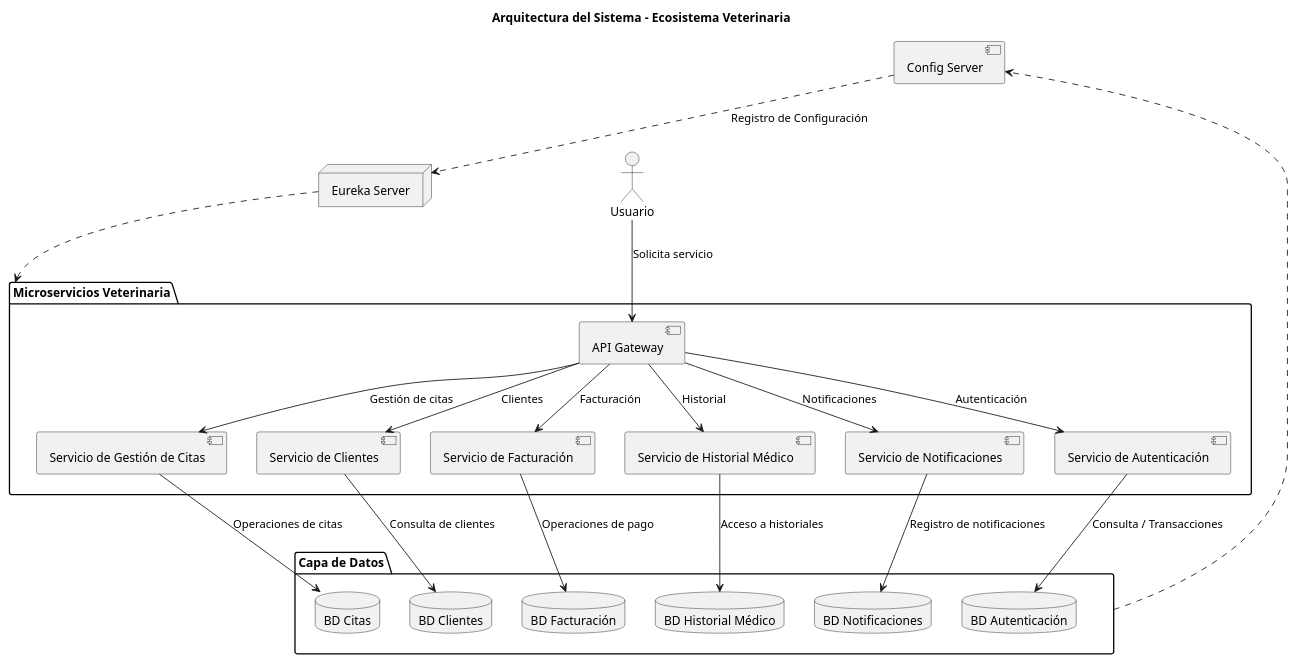
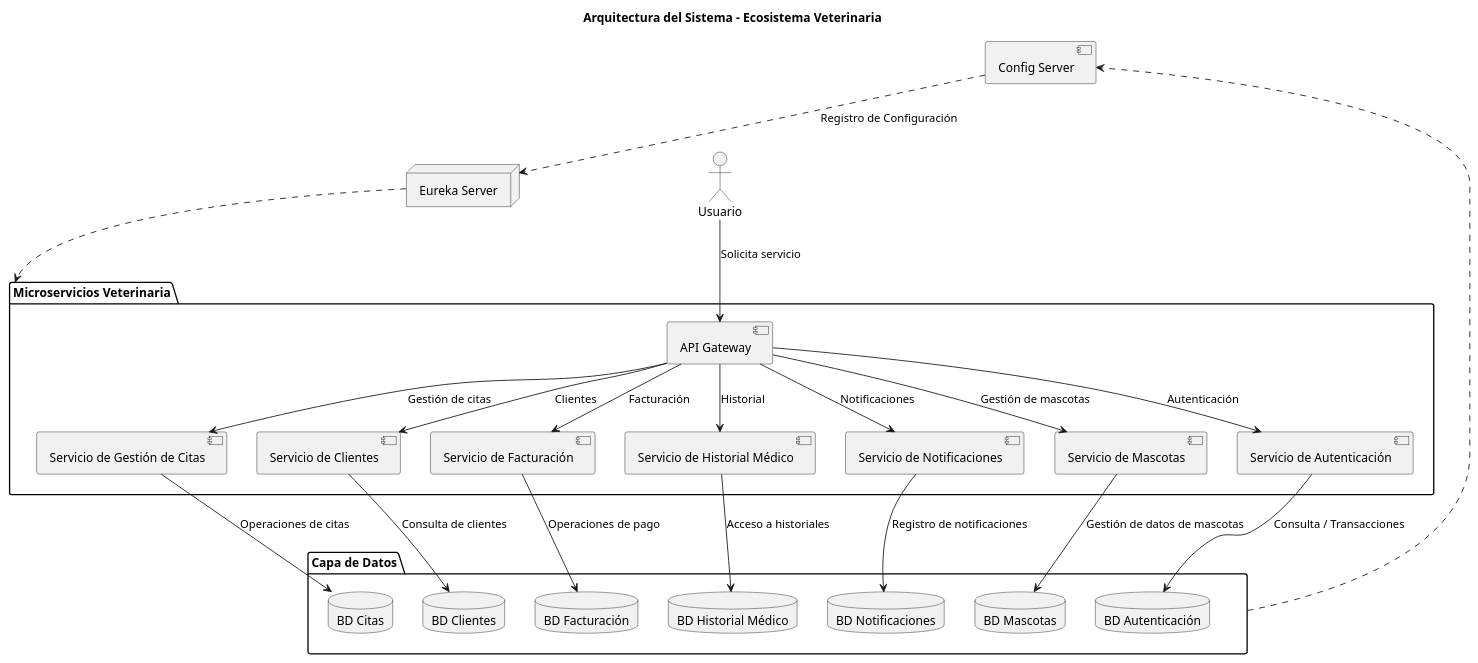
Before and after one commit to wilmereleon/Veterinaria-MascoHogar: the diagram in arquitecturaSOA.puml, drawn with PlantUML. The commit also changed 9 other files, not shown here.

```diff
--- a/arquitecturaSOA.puml
+++ b/arquitecturaSOA.puml
@@ -1,63 +1,63 @@
 @startuml
 title Arquitectura del Sistema - Ecosistema Veterinaria
 
 ' Declaración de Eureka (servicio de descubrimiento)
 node "Eureka Server" as Eureka
 
 ' Actor externo único
 actor "Usuario" as User
 
 ' Ecosistema de Microservicios Veterinaria
 package "Microservicios Veterinaria" {
   
   component "API Gateway" as APIGateway
   component "Servicio de Autenticación" as AuthService
   component "Servicio de Gestión de Citas" as CitasService
   component "Servicio de Clientes" as ClientsService
   component "Servicio de Facturación" as BillingService
   component "Servicio de Historial Médico" as MedicalHistoryService
   component "Servicio de Notificaciones" as NotificationService
+  component "Servicio de Mascotas" as PetsService
   
   ' El API Gateway delega solicitudes a los distintos microservicios:
   APIGateway --> AuthService : "Autenticación"
   APIGateway --> CitasService : "Gestión de citas"
   APIGateway --> ClientsService : "Clientes"
   APIGateway --> BillingService : "Facturación"
   APIGateway --> MedicalHistoryService : "Historial"
   APIGateway --> NotificationService : "Notificaciones"
+  APIGateway --> PetsService : "Gestión de mascotas"
 }
 
 ' Conexión de Usuario al API Gateway
 User --> APIGateway : "Solicita servicio"
 
-
-
-' Capa de Datos - Seis bases de datos especializadas
+' Capa de Datos - Siete bases de datos especializadas
 package "Capa de Datos" {
   database "BD Autenticación" as DBAuth
   database "BD Citas" as DBCitas
   database "BD Clientes" as DBClientes
   database "BD Facturación" as DBBilling
   database "BD Historial Médico" as DBMedicalHistory
   database "BD Notificaciones" as DBNotification
+  database "BD Mascotas" as DBPets
 }
 
 ' Conexiones de microservicios a sus respectivas bases de datos
 AuthService --> DBAuth : "Consulta / Transacciones"
 CitasService --> DBCitas : "Operaciones de citas"
 ClientsService --> DBClientes : "Consulta de clientes"
 BillingService --> DBBilling : "Operaciones de pago"
 MedicalHistoryService --> DBMedicalHistory : "Acceso a historiales"
 NotificationService --> DBNotification : "Registro de notificaciones"
+PetsService --> DBPets : "Gestión de datos de mascotas"
 
 ' Configuración de Entorno de Datos
 component "Config Server" as ConfigServer
-
 
 ' Registro del Config Server en Eureka
 "Capa de Datos" ..> ConfigServer
 ConfigServer ..> Eureka : "Registro de Configuración"
 Eureka ..> "Microservicios Veterinaria"
 
-
 @enduml
```
